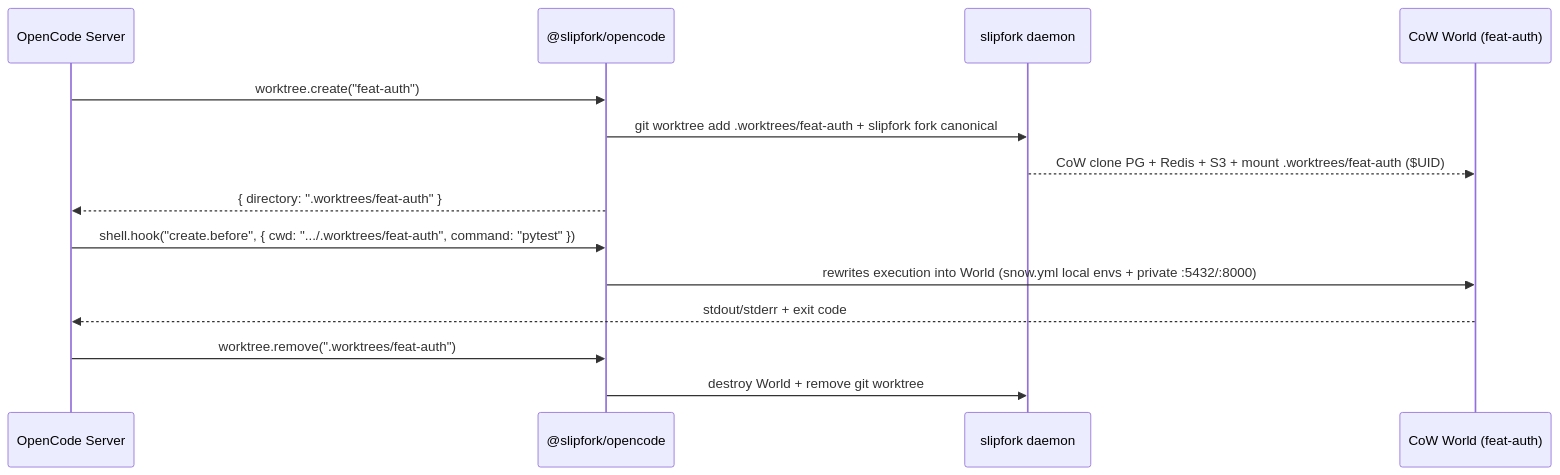
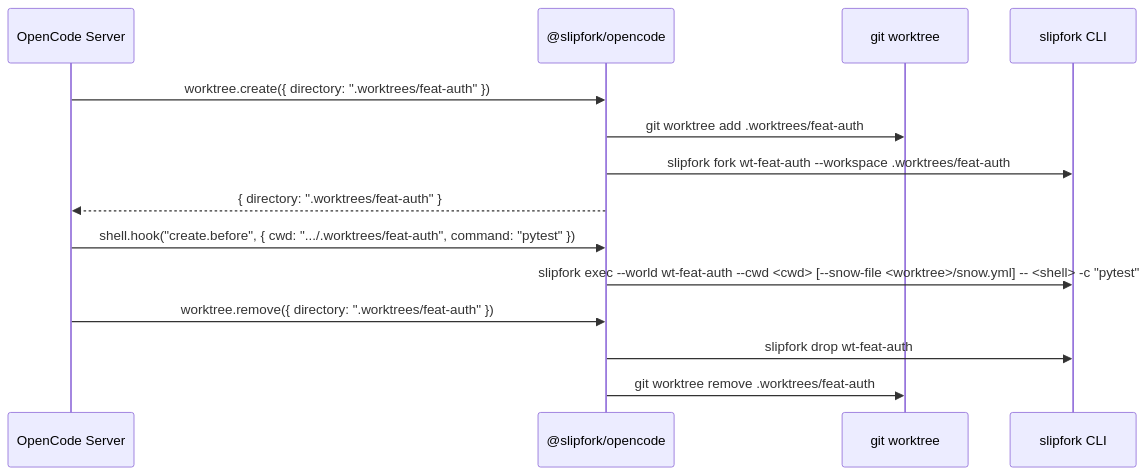
The diagram in docs/agents-and-opencode.md (OffworldNexus/slipfork), drawn with Mermaid before and after one commit. The commit also changed other lines of this file and 50 other files, not shown here.

````diff
--- a/docs/agents-and-opencode.md
+++ b/docs/agents-and-opencode.md
@@ -33,19 +29,19 @@
 ```mermaid
 sequenceDiagram
   participant OC as OpenCode Server
   participant Plugin as @slipfork/opencode
-  participant SF as slipfork daemon
-  participant World as CoW World (feat-auth)
+  participant Git as git worktree
+  participant SF as slipfork CLI
 
-  OC->>Plugin: worktree.create("feat-auth")
-  Plugin->>SF: git worktree add .worktrees/feat-auth + slipfork fork canonical
-  SF-->>World: CoW clone PG + Redis + S3 + mount .worktrees/feat-auth ($UID)
+  OC->>Plugin: worktree.create({ directory: ".worktrees/feat-auth" })
+  Plugin->>Git: git worktree add .worktrees/feat-auth
+  Plugin->>SF: slipfork fork wt-feat-auth --workspace .worktrees/feat-auth
   Plugin-->>OC: { directory: ".worktrees/feat-auth" }
 
   OC->>Plugin: shell.hook("create.before", { cwd: ".../.worktrees/feat-auth", command: "pytest" })
-  Plugin->>World: rewrites execution into World (snow.yml local envs + private :5432/:8000)
-  World-->>OC: stdout/stderr + exit code
+  Plugin->>SF: slipfork exec --world wt-feat-auth --cwd <cwd> [--snow-file <worktree>/snow.yml] -- <shell> -c "pytest"
 
-  OC->>Plugin: worktree.remove(".worktrees/feat-auth")
-  Plugin->>SF: destroy World + remove git worktree
+  OC->>Plugin: worktree.remove({ directory: ".worktrees/feat-auth" })
+  Plugin->>SF: slipfork drop wt-feat-auth
+  Plugin->>Git: git worktree remove .worktrees/feat-auth
 ```
````
